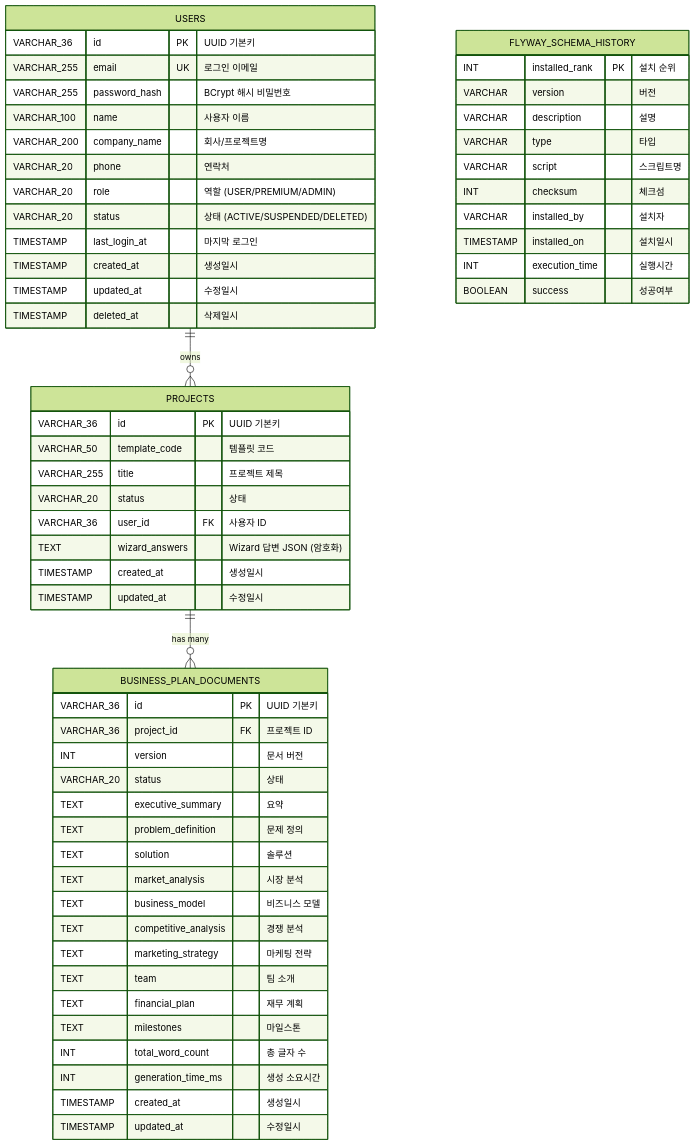
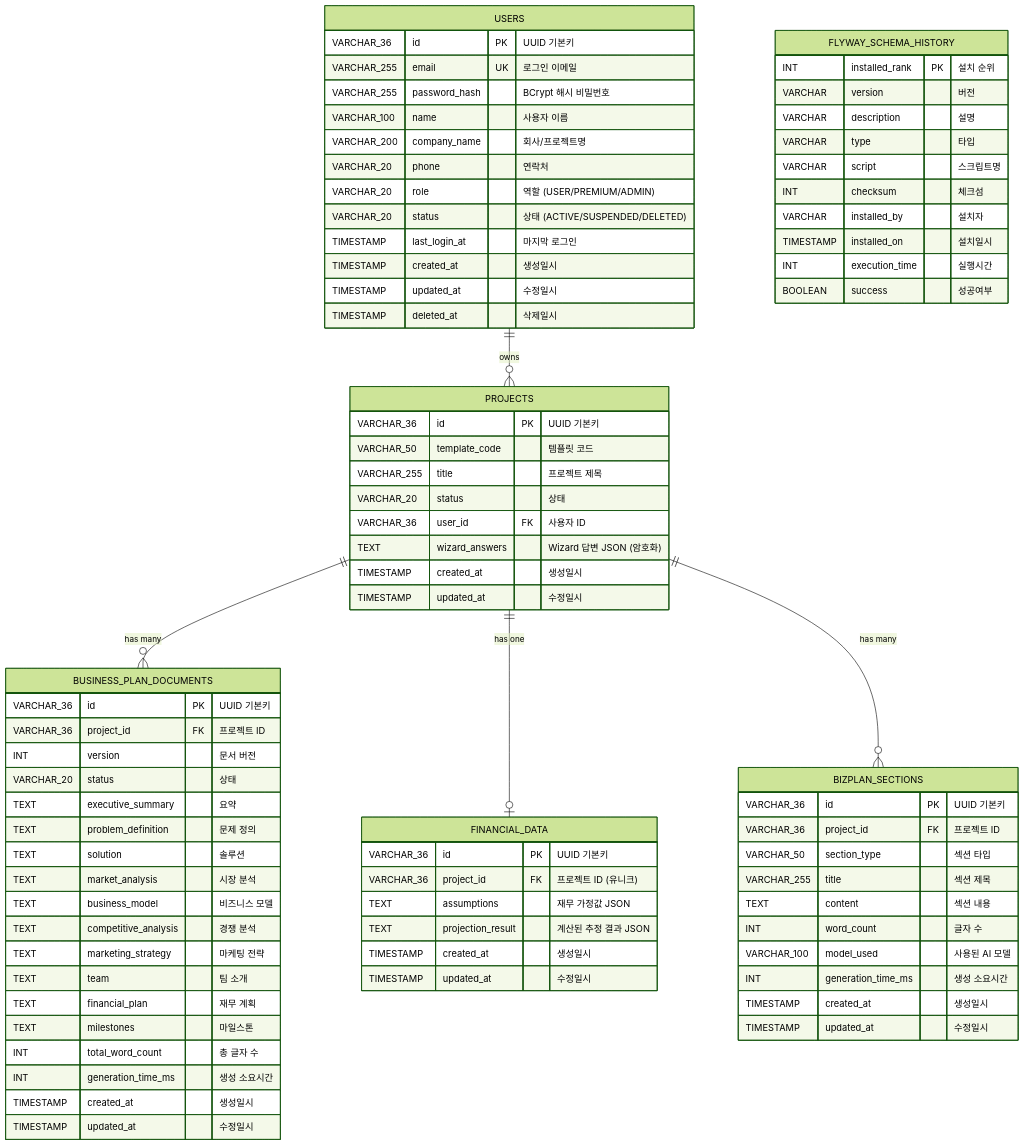
One commit to voom20/bizplan_be changed the diagram in docs/database-schema.md. Above: the diagram before and after it, drawn with Mermaid (forest theme). The commit also changed other lines of this file and 1 other file, not shown here.

````diff
--- a/docs/database-schema.md
+++ b/docs/database-schema.md
@@ -8,7 +8,7 @@
 erDiagram
     %% ==========================================
     %% BizPlan Backend Database Schema
-    %% Version: 1.1 (Flyway V4)
+    %% Version: 1.2 (Flyway V6)
     %% ==========================================
 
     USERS {
@@ -58,6 +58,28 @@
         TIMESTAMP updated_at "수정일시"
     }
 
+    FINANCIAL_DATA {
+        VARCHAR_36 id PK "UUID 기본키"
+        VARCHAR_36 project_id FK "프로젝트 ID (유니크)"
+        TEXT assumptions "재무 가정값 JSON"
+        TEXT projection_result "계산된 추정 결과 JSON"
+        TIMESTAMP created_at "생성일시"
+        TIMESTAMP updated_at "수정일시"
+    }
+
+    BIZPLAN_SECTIONS {
+        VARCHAR_36 id PK "UUID 기본키"
+        VARCHAR_36 project_id FK "프로젝트 ID"
+        VARCHAR_50 section_type "섹션 타입"
+        VARCHAR_255 title "섹션 제목"
+        TEXT content "섹션 내용"
+        INT word_count "글자 수"
+        VARCHAR_100 model_used "사용된 AI 모델"
+        INT generation_time_ms "생성 소요시간"
+        TIMESTAMP created_at "생성일시"
+        TIMESTAMP updated_at "수정일시"
+    }
+
     FLYWAY_SCHEMA_HISTORY {
         INT installed_rank PK "설치 순위"
         VARCHAR version "버전"
@@ -74,4 +96,6 @@
     %% Relationships
     USERS ||--o{ PROJECTS : "owns"
     PROJECTS ||--o{ BUSINESS_PLAN_DOCUMENTS : "has many"
+    PROJECTS ||--o| FINANCIAL_DATA : "has one"
+    PROJECTS ||--o{ BIZPLAN_SECTIONS : "has many"
 ```
````
